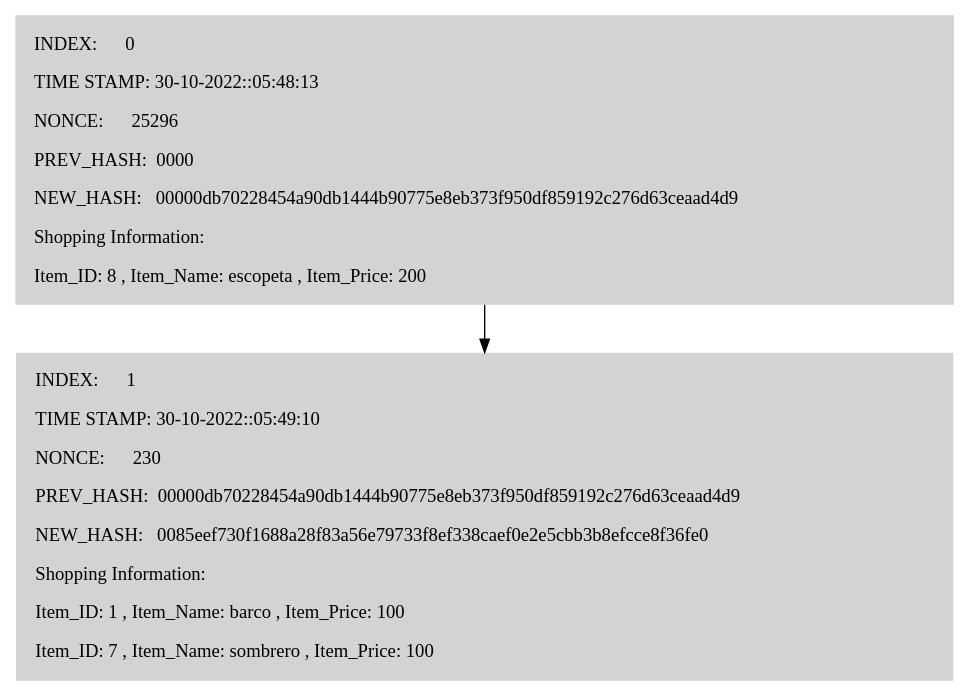
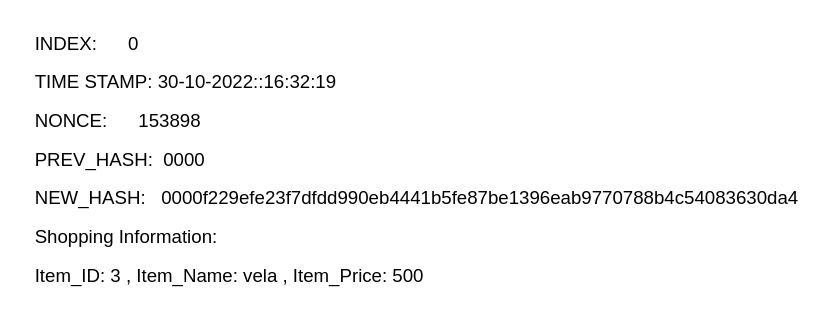
The diagram in Fase2/Blockchain.dot (joshi-debb/battleships_game_board), drawn with Graphviz before and after one commit. The commit also changed 23 other files, not shown here.

```diff
--- a/Fase2/Blockchain.dot
+++ b/Fase2/Blockchain.dot
@@ -1,7 +1,4 @@
-digraph G{ node [shape=record style=filled]
-B_0 [shape=plain label=<<table border="0" cellpadding="0"><tr> <td> <table border="0" cellborder="0" cellspacing="10" ><tr> <td align="left">INDEX:      0</td> </tr><tr> <td align="left">TIME STAMP: 30-10-2022::05:48:13</td> </tr><tr> <td align="left">NONCE:      25296</td> </tr><tr> <td align="left">PREV_HASH:  0000  </td> </tr><tr> <td align="left">NEW_HASH:   00000db70228454a90db1444b90775e8eb373f950df859192c276d63ceaad4d9  </td> </tr><tr> <td align="left">Shopping Information: 
- </td> </tr><tr> <td align="left">Item_ID: 8 , Item_Name: escopeta , Item_Price: 200</td> </tr></table> </td> </tr> </table>> ] 
-B_1 [shape=plain label=<<table border="0" cellpadding="0"><tr> <td> <table border="0" cellborder="0" cellspacing="10" ><tr> <td align="left">INDEX:      1</td> </tr><tr> <td align="left">TIME STAMP: 30-10-2022::05:49:10</td> </tr><tr> <td align="left">NONCE:      230</td> </tr><tr> <td align="left">PREV_HASH:  00000db70228454a90db1444b90775e8eb373f950df859192c276d63ceaad4d9  </td> </tr><tr> <td align="left">NEW_HASH:   0085eef730f1688a28f83a56e79733f8ef338caef0e2e5cbb3b8efcce8f36fe0  </td> </tr><tr> <td align="left">Shopping Information: 
- </td> </tr><tr> <td align="left">Item_ID: 1 , Item_Name: barco , Item_Price: 100</td> </tr><tr> <td align="left">Item_ID: 7 , Item_Name: sombrero , Item_Price: 100</td> </tr></table> </td> </tr> </table>> ] B_0 -> B_1; 
-
+digraph G{ node [shape=record, fontname="Arial"]
+B_0 [shape=plain label=<<table border="0" cellpadding="0"><tr> <td> <table border="0" cellborder="0" cellspacing="10" ><tr> <td align="left">INDEX:      0</td> </tr><tr> <td align="left">TIME STAMP: 30-10-2022::16:32:19</td> </tr><tr> <td align="left">NONCE:      153898</td> </tr><tr> <td align="left">PREV_HASH:  0000  </td> </tr><tr> <td align="left">NEW_HASH:   0000f229efe23f7dfdd990eb4441b5fe87be1396eab9770788b4c54083630da4  </td> </tr><tr> <td align="left">Shopping Information: 
+ </td> </tr><tr> <td align="left">Item_ID: 3 , Item_Name: vela , Item_Price: 500</td> </tr></table> </td> </tr> </table>> ] 
 }
```
